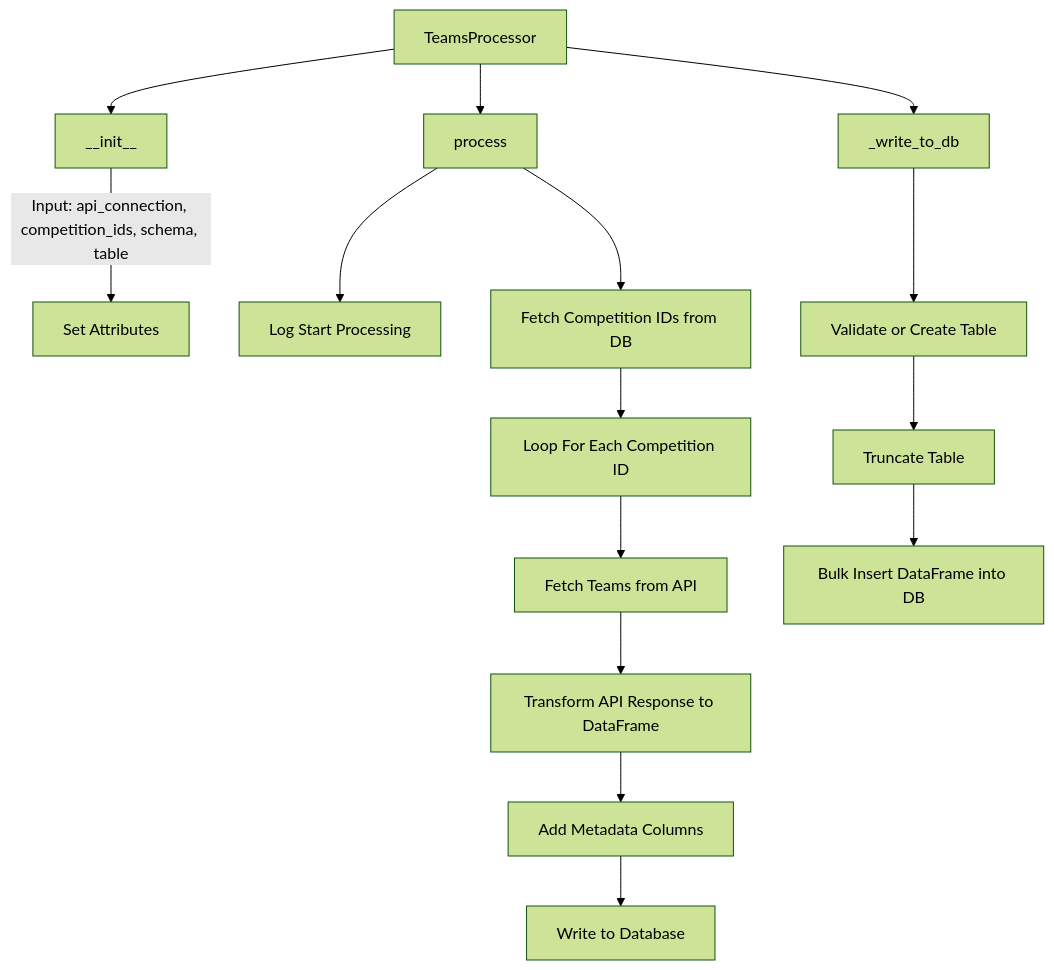
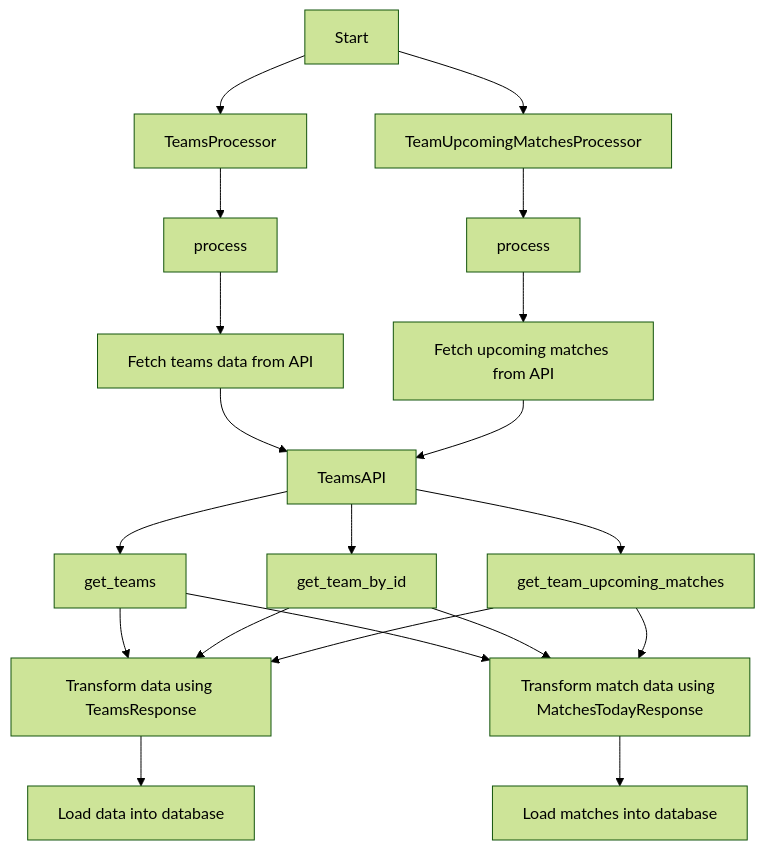
The diagram in docs/extraction/teams_api.md (AndreFelippeVidal/football-project), drawn with Mermaid (forest theme) before and after one commit. The commit also changed other lines of this file and 10 other files, not shown here.

````diff
--- a/docs/extraction/teams_api.md
+++ b/docs/extraction/teams_api.md
@@ -21,20 +4,24 @@
 ```mermaid
 graph TD
-    F[TeamsProcessor]
-    F --> G[__init__]
-    G -->|Input: api_connection, competition_ids, schema, table| H[Set Attributes]
-    F --> I[process]
-    I --> J[Log Start Processing]
-    I --> K[Fetch Competition IDs from DB]
-    K --> L[Loop For Each Competition ID]
-    L --> M[Fetch Teams from API]
-    M --> N[Transform API Response to DataFrame]
-    N --> O[Add Metadata Columns]
-    O --> P[Write to Database]
-    F --> Q[_write_to_db]
-    Q --> R[Validate or Create Table]
-    R --> S[Truncate Table]
-    S --> T[Bulk Insert DataFrame into DB]
-
+    A[Start]  --> C[TeamsProcessor]
+    C --> C1[process]
+    C1 --> C2[Fetch teams data from API]
+    C2 --> B[TeamsAPI]
+    B --> B1[get_teams]
+    B --> B2[get_team_by_id]
+    B --> B3[get_team_upcoming_matches]
+    B1 --> C3[Transform data using TeamsResponse]
+    B2 --> C3
+    B3 --> C3
+    C3 --> C4[Load data into database]
+    
+    A --> D[TeamUpcomingMatchesProcessor]
+    D --> D1[process]
+    D1 --> D2[Fetch upcoming matches from API]
+    D2 --> B
+    B1 --> D3[Transform match data using MatchesTodayResponse]
+    B2 --> D3
+    B3 --> D3
+    D3 --> D4[Load matches into database]
 
 ```
````
